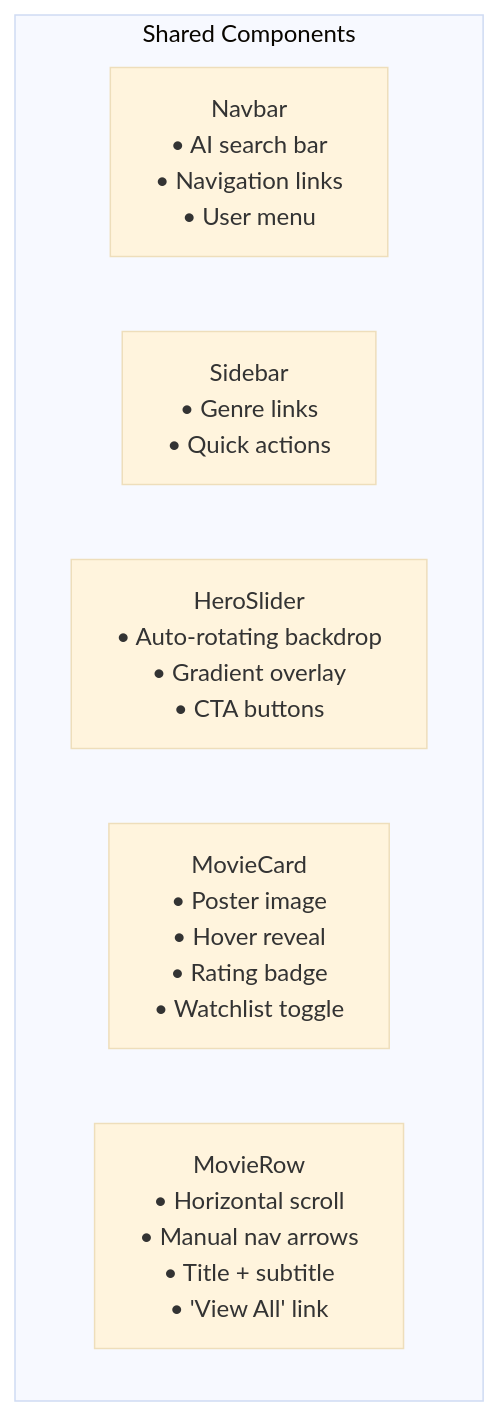
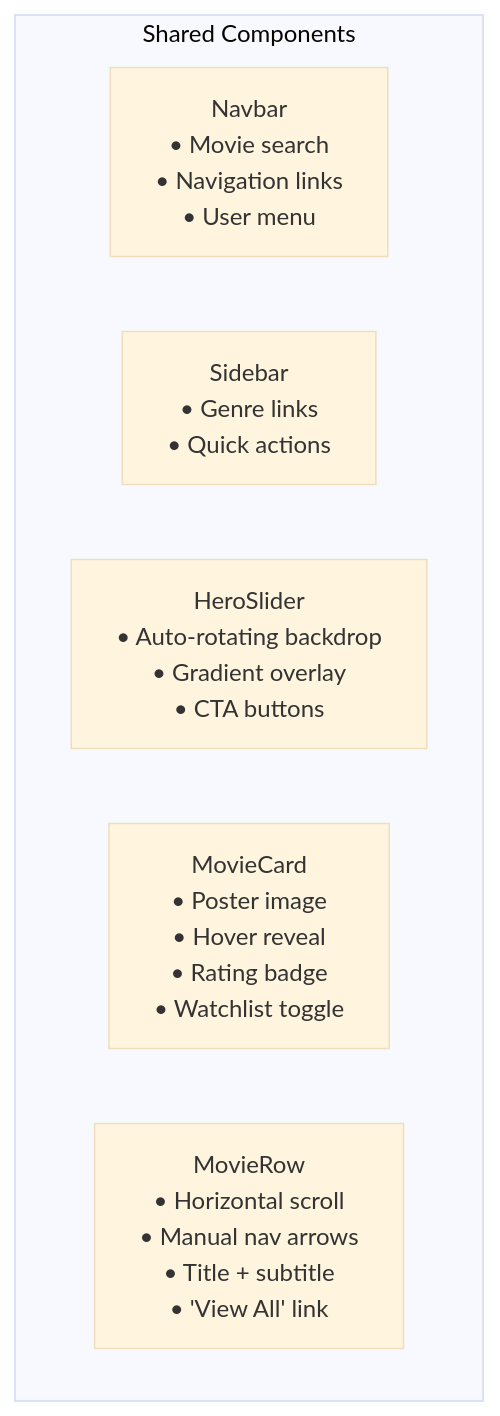
One commit to Storm1289/movie-recommendation-system-ojt changed the sixth of 10 diagrams in Readme.md. Above: the diagram before and after it, drawn with Mermaid (base theme). The commit also changed other lines of this file and 8 other files, not shown here.

````diff
--- a/Readme.md
+++ b/Readme.md
@@ -520,10 +514,10 @@
 ```mermaid
 graph TD
     subgraph Shared["Shared Components"]
-        Navbar["Navbar<br/>• AI search bar<br/>• Navigation links<br/>• User menu"]
+        Navbar["Navbar<br/>• Movie search<br/>• Navigation links<br/>• User menu"]
         Sidebar["Sidebar<br/>• Genre links<br/>• Quick actions"]
         HeroSlider["HeroSlider<br/>• Auto-rotating backdrop<br/>• Gradient overlay<br/>• CTA buttons"]
         MovieCard["MovieCard<br/>• Poster image<br/>• Hover reveal<br/>• Rating badge<br/>• Watchlist toggle"]
         MovieRow["MovieRow<br/>• Horizontal scroll<br/>• Manual nav arrows<br/>• Title + subtitle<br/>• 'View All' link"]
     end
 ```
````
